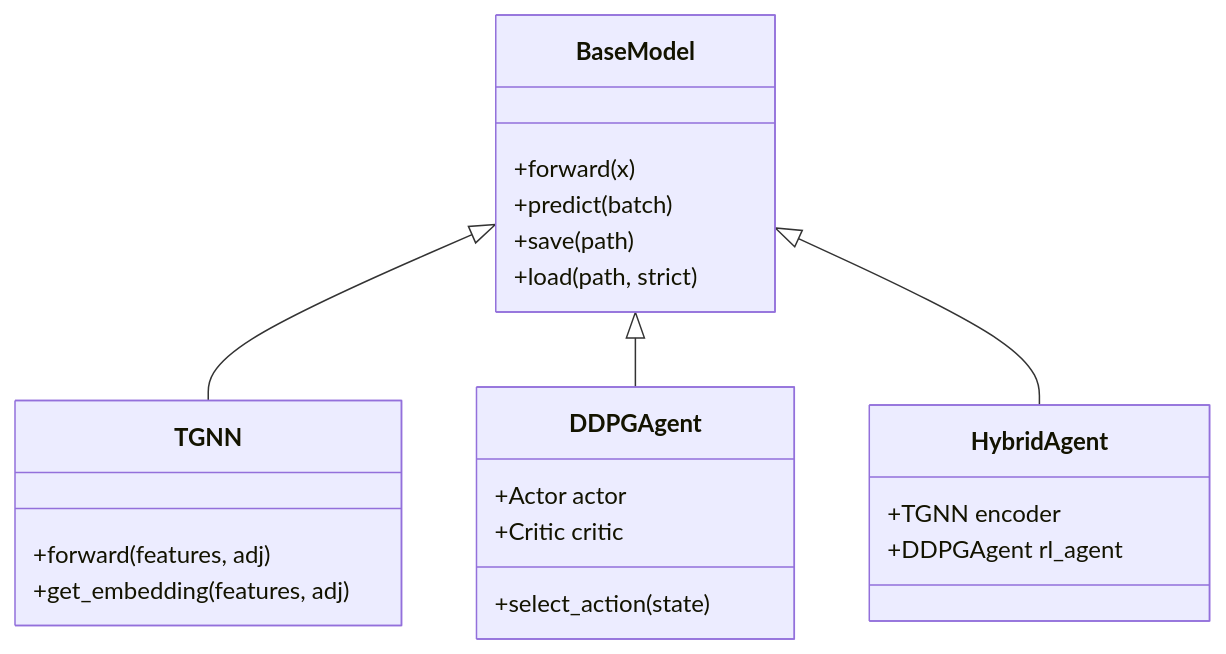
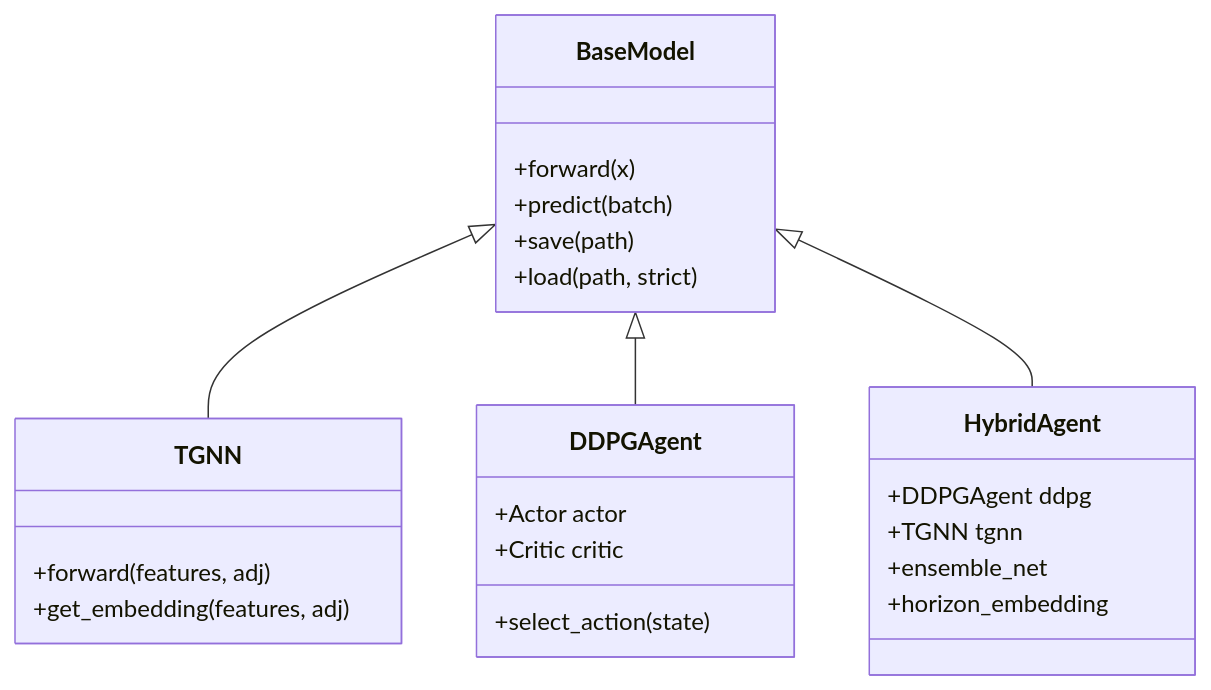
The diagram in new/backtesting/src/models/README.md (sehyun00/SMS_Backtesting), drawn with Mermaid before and after one commit. The commit also changed other lines of this file and 64 other files, not shown here.

First line of the commit message:
fix(hybrid): ensemble_net 학습 활성화 및 비교 차트 자동화

````diff
--- a/new/backtesting/src/models/README.md
+++ b/new/backtesting/src/models/README.md
@@ -26,26 +25,28 @@
 ```mermaid
 classDiagram
     class BaseModel {
         +forward(x)
         +predict(batch)
         +save(path)
         +load(path, strict)
     }
     class TGNN {
         +forward(features, adj)
         +get_embedding(features, adj)
     }
     class DDPGAgent {
         +Actor actor
         +Critic critic
         +select_action(state)
     }
     class HybridAgent {
-        +TGNN encoder
-        +DDPGAgent rl_agent
+        +DDPGAgent ddpg
+        +TGNN tgnn
+        +ensemble_net
+        +horizon_embedding
     }
 
     BaseModel <|-- TGNN
     BaseModel <|-- DDPGAgent
     BaseModel <|-- HybridAgent
 ```
````
